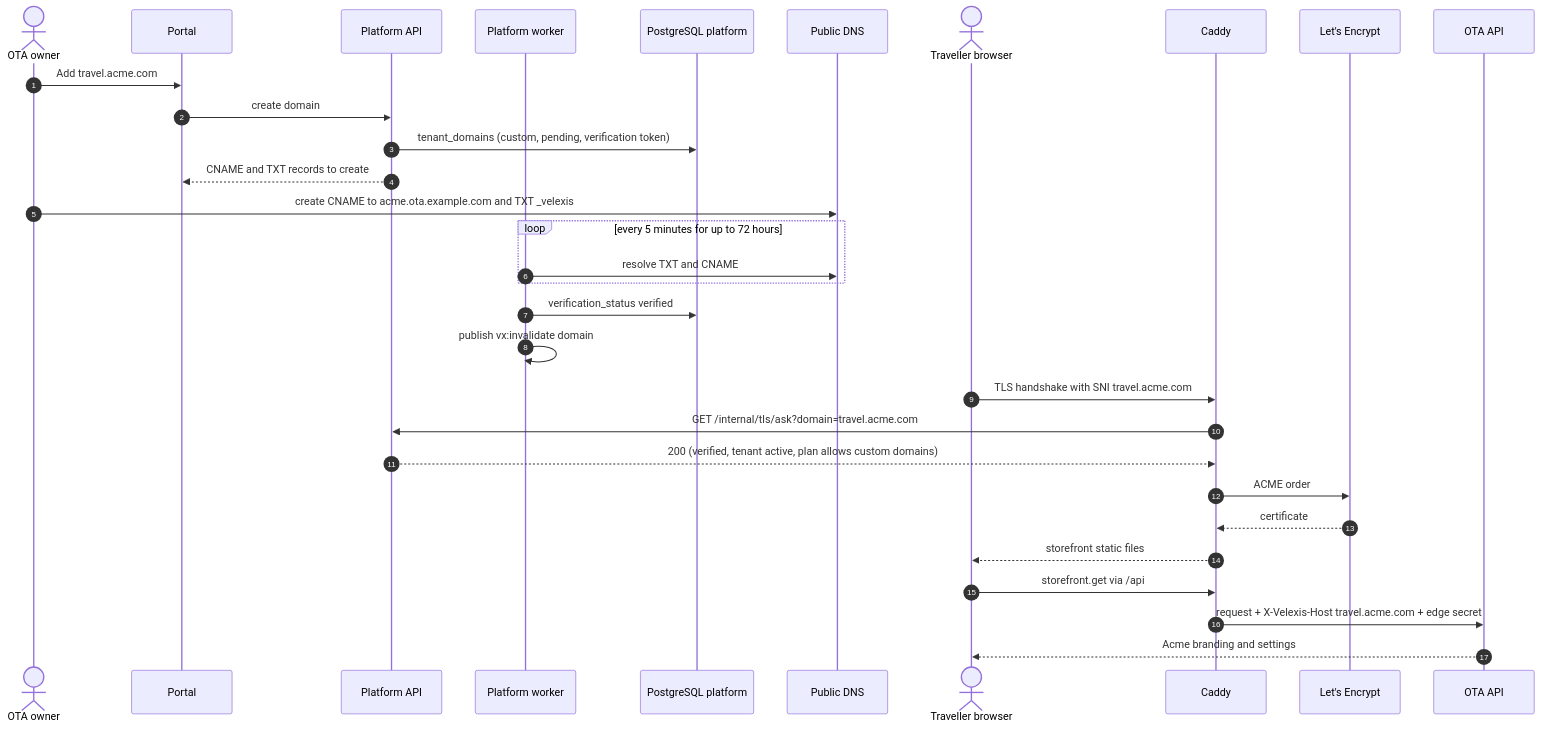
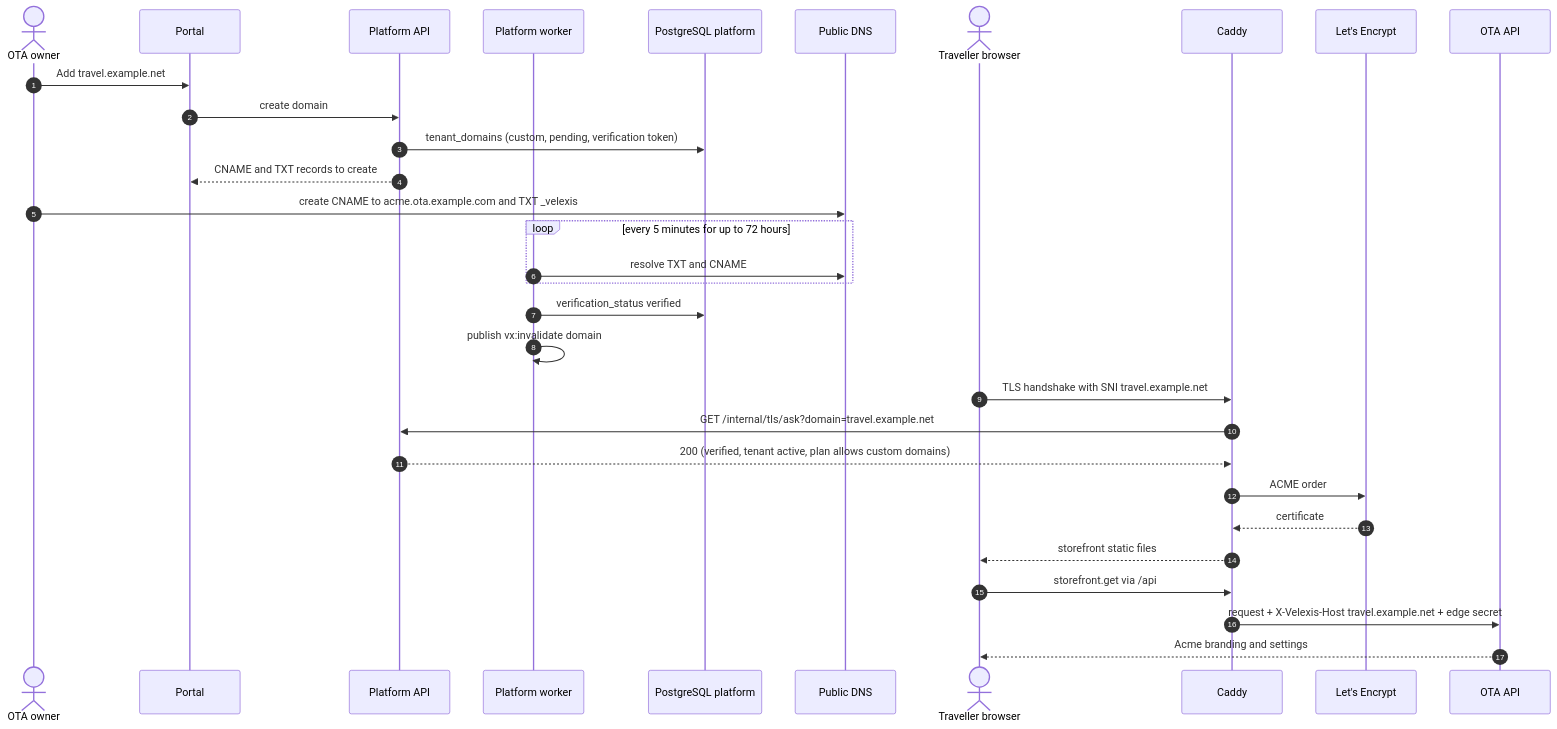
One commit to bhagwati-prasad/velexis-ota changed the eighth of 8 diagrams in docs/mvp/architecture.md. Above: the diagram before and after it, drawn with Mermaid. The commit also changed other lines of this file and 50 other files, not shown here.

````diff
--- a/docs/mvp/architecture.md
+++ b/docs/mvp/architecture.md
@@ -418,34 +430,34 @@
 ```mermaid
 sequenceDiagram
   autonumber
   actor U as OTA owner
   participant FE as Portal
   participant PA as Platform API
   participant PW as Platform worker
   participant P as PostgreSQL platform
   participant DNS as Public DNS
   actor B as Traveller browser
   participant C as Caddy
   participant LE as Let's Encrypt
   participant O as OTA API
 
-  U->>FE: Add travel.acme.com
+  U->>FE: Add travel.example.net
   FE->>PA: create domain
   PA->>P: tenant_domains (custom, pending, verification token)
   PA-->>FE: CNAME and TXT records to create
   U->>DNS: create CNAME to acme.ota.example.com and TXT _velexis
   loop every 5 minutes for up to 72 hours
     PW->>DNS: resolve TXT and CNAME
   end
   PW->>P: verification_status verified
   PW->>PW: publish vx:invalidate domain
-  B->>C: TLS handshake with SNI travel.acme.com
-  C->>PA: GET /internal/tls/ask?domain=travel.acme.com
+  B->>C: TLS handshake with SNI travel.example.net
+  C->>PA: GET /internal/tls/ask?domain=travel.example.net
   PA-->>C: 200 (verified, tenant active, plan allows custom domains)
   C->>LE: ACME order
   LE-->>C: certificate
   C-->>B: storefront static files
   B->>C: storefront.get via /api
-  C->>O: request + X-Velexis-Host travel.acme.com + edge secret
+  C->>O: request + X-Velexis-Host travel.example.net + edge secret
   O-->>B: Acme branding and settings
 ```
````
